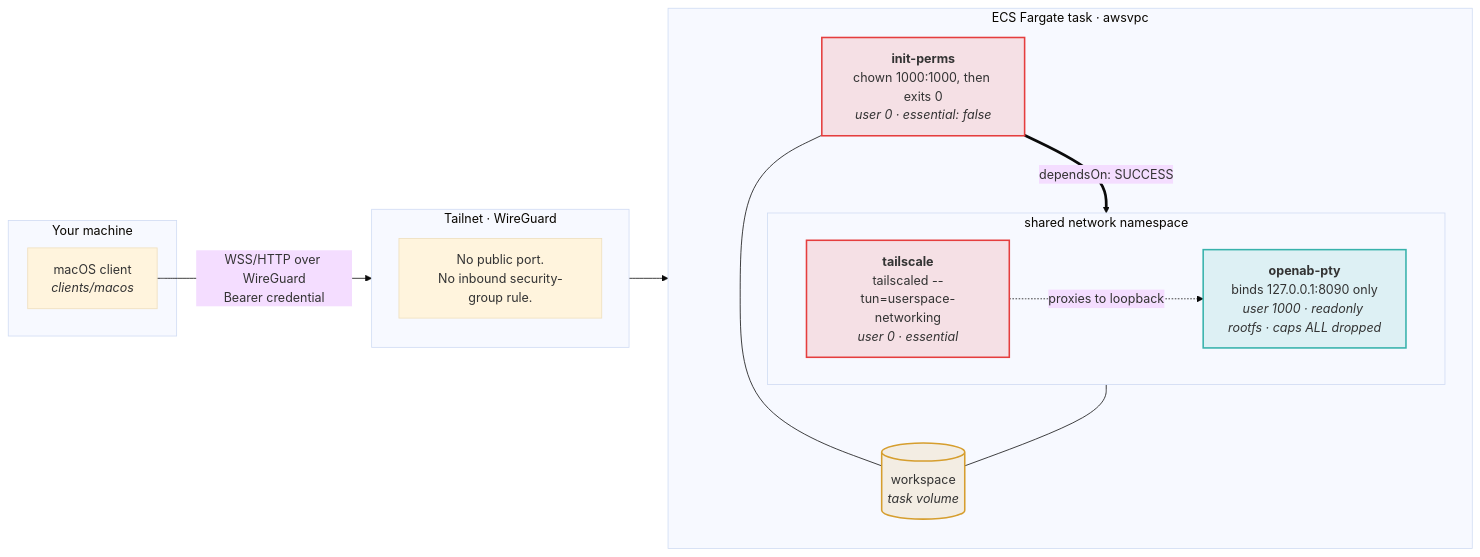
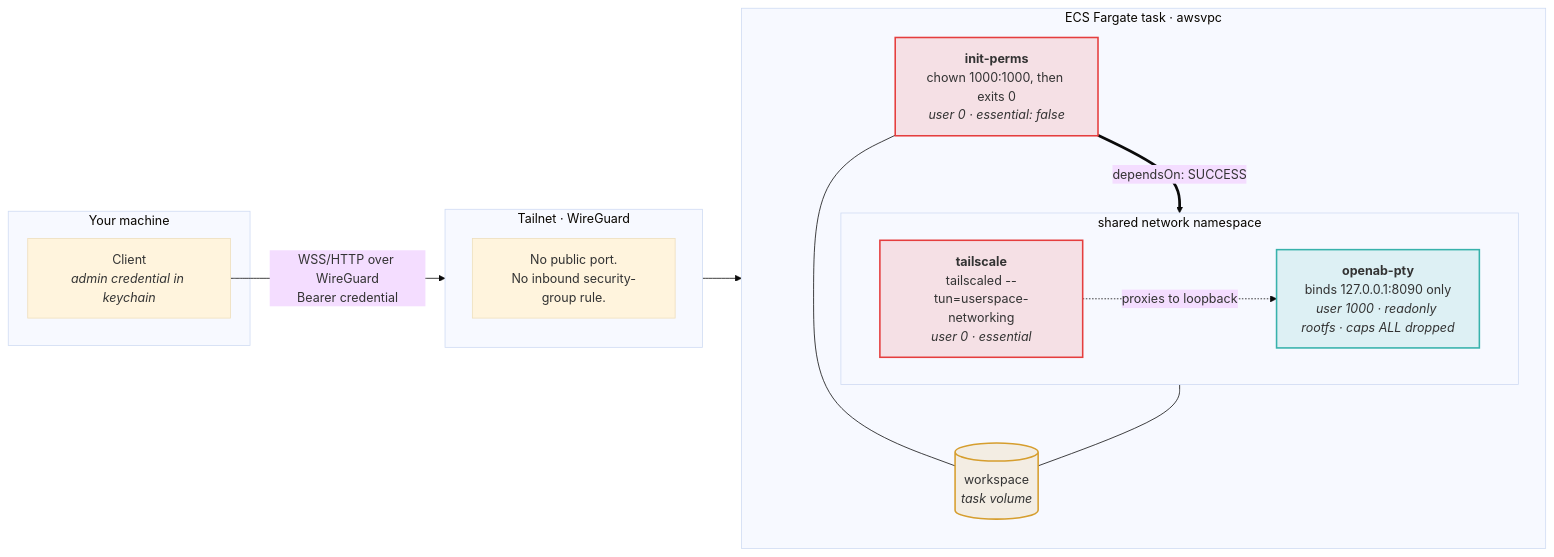
One commit to openabdev/openab-pty changed the first of 2 diagrams in docs/ecsctl-howto.md. Above: the diagram before and after it, drawn with Mermaid (base theme). The commit also changed other lines of this file and 5 other files, not shown here.

First line of the commit message:
docs: architecture diagram, k8s guide, security policy, contributing

````diff
--- a/docs/ecsctl-howto.md
+++ b/docs/ecsctl-howto.md
@@ -18,39 +18,39 @@
 ```mermaid
 flowchart LR
     subgraph laptop["Your machine"]
-        client["macOS client<br/><i>clients/macos</i>"]
+        client["Client<br/><i>admin credential in keychain</i>"]
     end
 
     subgraph tailnet["Tailnet · WireGuard"]
         direction TB
         ts_note["No public port.<br/>No inbound security-group rule."]
     end
 
     subgraph task["ECS Fargate task · awsvpc"]
         direction TB
 
         subgraph ns["shared network namespace"]
             direction LR
             tsd["<b>tailscale</b><br/>tailscaled --tun=userspace-networking<br/><i>user 0 · essential</i>"]
             pty["<b>openab-pty</b><br/>binds 127.0.0.1:8090 only<br/><i>user 1000 · readonly rootfs · caps ALL dropped</i>"]
             tsd -.->|"proxies to loopback"| pty
         end
 
         init["<b>init-perms</b><br/>chown 1000:1000, then exits 0<br/><i>user 0 · essential: false</i>"]
         vol[("workspace<br/><i>task volume</i>")]
 
         init ==>|"dependsOn: SUCCESS"| pty
         init --- vol
         pty --- vol
     end
 
     client -->|"WSS/HTTP over WireGuard<br/>Bearer credential"| tailnet
     tailnet --> tsd
 
     classDef root fill:#e53e3e22,stroke:#e53e3e,stroke-width:2px
     classDef hardened fill:#38b2ac22,stroke:#38b2ac,stroke-width:2px
     classDef store fill:#d69e2e22,stroke:#d69e2e,stroke-width:2px
     class tsd,init root
     class pty hardened
     class vol store
 ```
````
